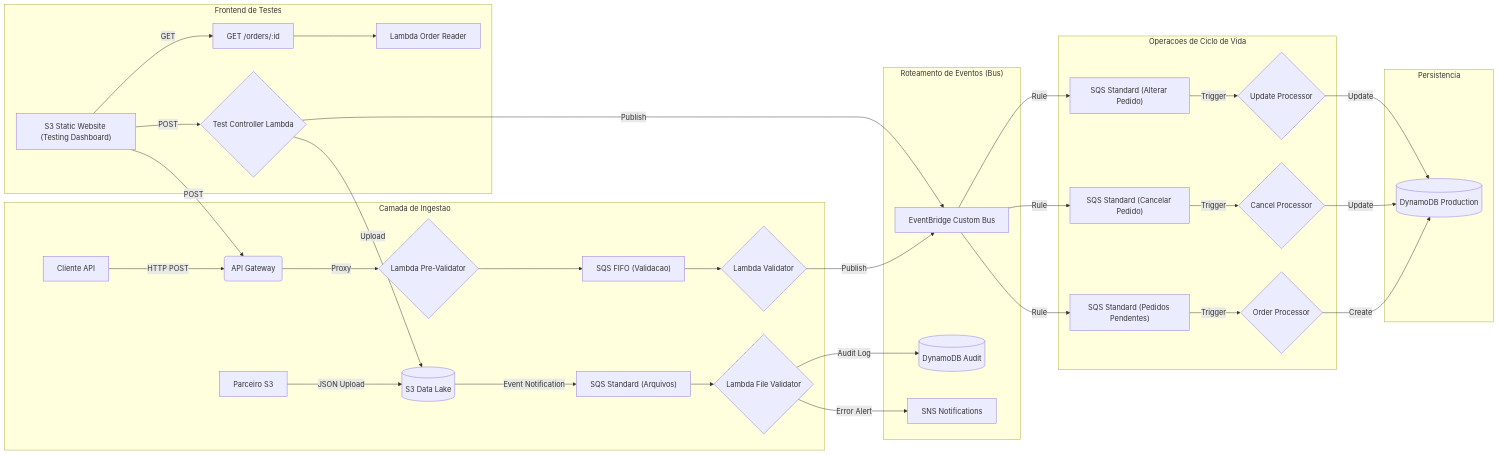
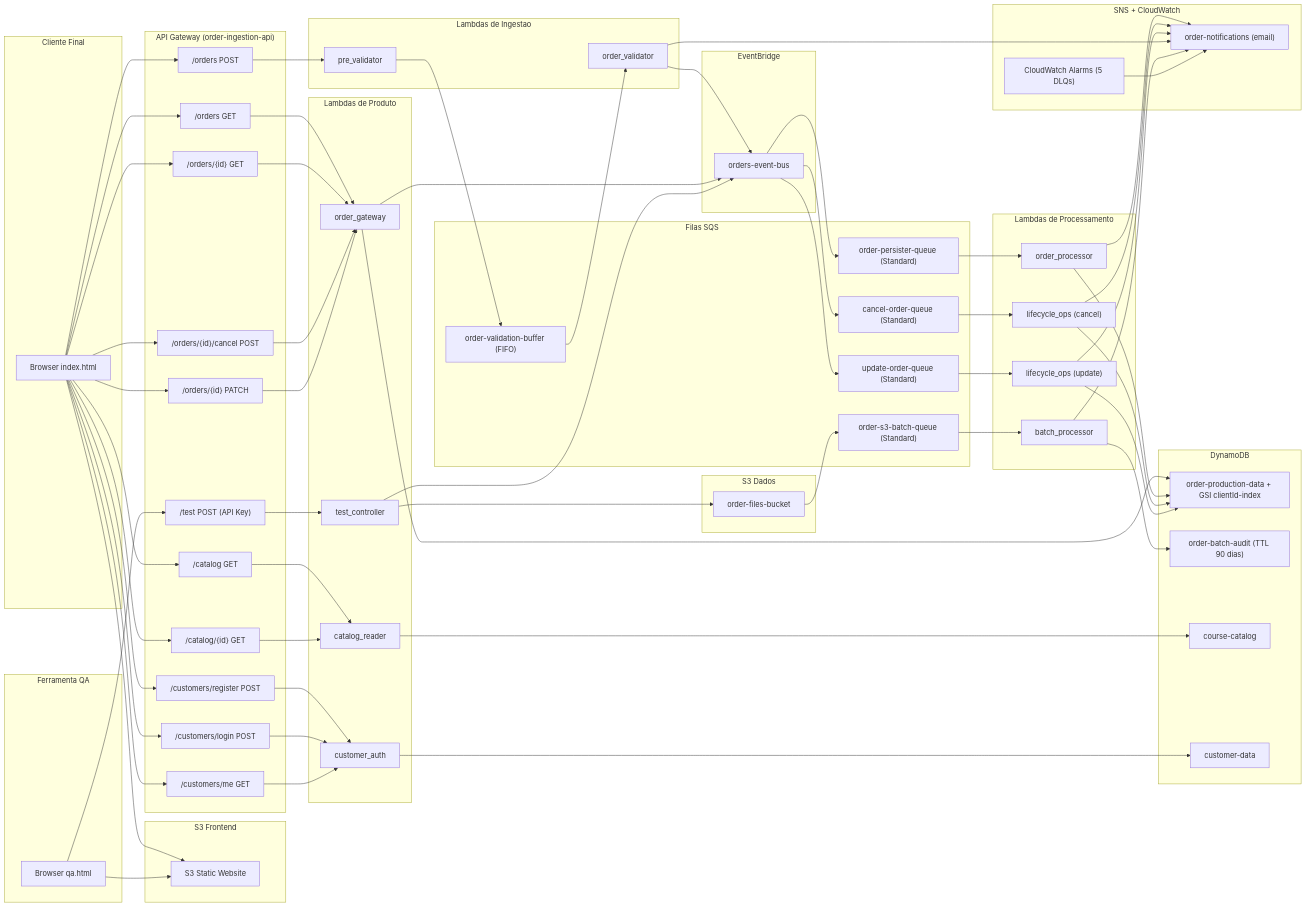
One commit to DessimA/aws-serverless-order-management changed the diagram in README.md. Above: the diagram before and after it, drawn with Mermaid. The commit also changed other lines of this file and 2 other files, not shown here.

First line of the commit message:
docs: add portfolio-oriented README, ARCHITECTURE.md, Rodada 12 log

````diff
--- a/README.md
+++ b/README.md
@@ -17,40 +33,100 @@
 ```mermaid
 flowchart LR
-    subgraph "Camada de Ingestao"
-        A["Cliente API"] -- "HTTP POST" --> B("API Gateway")
-        B -- "Proxy" --> C{"Lambda Pre-Validator"}
-        C --> D["SQS FIFO (Validacao)"]
-        D --> E{"Lambda Validator"}
-        F["Parceiro S3"] -- "JSON Upload" --> G[("S3 Data Lake")]
-        G -- "Event Notification" --> H["SQS Standard (Arquivos)"]
-        H --> I{"Lambda File Validator"}
+    subgraph "Cliente Final"
+        Browser["Browser index.html"]
     end
 
-    subgraph "Roteamento de Eventos (Bus)"
-        E -- "Publish" --> J["EventBridge Custom Bus"]
-        I -- "Audit Log" --> K[("DynamoDB Audit")]
-        I -- "Error Alert" --> L["SNS Notifications"]
+    subgraph "Ferramenta QA"
+        QA["Browser qa.html"]
     end
 
-    subgraph "Operacoes de Ciclo de Vida"
-        J -- "Rule" --> M["SQS Standard (Pedidos Pendentes)"] -- "Trigger" --> N{"Order Processor"}
-        J -- "Rule" --> O["SQS Standard (Cancelar Pedido)"] -- "Trigger" --> P{"Cancel Processor"}
-        J -- "Rule" --> Q["SQS Standard (Alterar Pedido)"] -- "Trigger" --> R{"Update Processor"}
+    subgraph "S3 Frontend"
+        S3FE["S3 Static Website"]
     end
 
-    subgraph "Persistencia"
-        N -- "Create" --> S[("DynamoDB Production")]
-        P -- "Update" --> S
-        R -- "Update" --> S
+    subgraph "API Gateway (order-ingestion-api)"
+        GW_POST["/orders POST"]
+        GW_GET["/orders GET"]
+        GW_GET_ID["/orders/{id} GET"]
+        GW_CANCEL["/orders/{id}/cancel POST"]
+        GW_PATCH["/orders/{id} PATCH"]
+        GW_CAT["/catalog GET"]
+        GW_CAT_ID["/catalog/{id} GET"]
+        GW_REG["/customers/register POST"]
+        GW_LOGIN["/customers/login POST"]
+        GW_ME["/customers/me GET"]
+        GW_TEST["/test POST (API Key)"]
     end
 
-    subgraph "Frontend de Testes"
-        T["S3 Static Website (Testing Dashboard)"]
-        T -- "POST" --> B
-        T -- "POST" --> X{"Test Controller Lambda"}
-        T -- "GET" --> Y["GET /orders/:id"]
-        Y --> V["Lambda Order Reader"]
-        X -- "Publish" --> J
-        X -- "Upload" --> G
+    subgraph "Lambdas de Ingestao"
+        PRE["pre_validator"]
+        VAL["order_validator"]
     end
+
+    subgraph "Lambdas de Produto"
+        GWL["order_gateway"]
+        CAT["catalog_reader"]
+        AUTH["customer_auth"]
+        CTRL["test_controller"]
+    end
+
+    subgraph "Lambdas de Processamento"
+        PROC["order_processor"]
+        CANCEL["lifecycle_ops (cancel)"]
+        UPDATE["lifecycle_ops (update)"]
+        BATCH["batch_processor"]
+    end
+
+    subgraph "Filas SQS"
+        FIFO["order-validation-buffer (FIFO)"]
+        PERSQ["order-persister-queue (Standard)"]
+        CANCELQ["cancel-order-queue (Standard)"]
+        UPDATEQ["update-order-queue (Standard)"]
+        S3Q["order-s3-batch-queue (Standard)"]
+    end
+
+    subgraph "DynamoDB"
+        PROD["order-production-data + GSI clientId-index"]
+        AUDIT["order-batch-audit (TTL 90 dias)"]
+        CATALOG["course-catalog"]
+        CUSTOMERS["customer-data"]
+    end
+
+    subgraph "EventBridge"
+        EB["orders-event-bus"]
+    end
+
+    subgraph "SNS + CloudWatch"
+        SNS["order-notifications (email)"]
+        CW["CloudWatch Alarms (5 DLQs)"]
+    end
+
+    subgraph "S3 Dados"
+        S3D["order-files-bucket"]
+    end
+
+    Browser --> S3FE
+    QA --> S3FE
+    Browser --> GW_POST & GW_GET & GW_GET_ID & GW_CANCEL & GW_PATCH & GW_CAT & GW_CAT_ID & GW_REG & GW_LOGIN & GW_ME
+    QA --> GW_TEST
+
+    GW_POST --> PRE --> FIFO --> VAL --> EB
+    GW_GET & GW_GET_ID & GW_CANCEL & GW_PATCH --> GWL
+    GW_CAT & GW_CAT_ID --> CAT
+    GW_REG & GW_LOGIN & GW_ME --> AUTH
+    GW_TEST --> CTRL
+
+    GWL --> PROD
+    GWL --> EB
+    CAT --> CATALOG
+    AUTH --> CUSTOMERS
+    CTRL --> EB & S3D
+
+    EB --> PERSQ --> PROC --> PROD
+    EB --> CANCELQ --> CANCEL --> PROD
+    EB --> UPDATEQ --> UPDATE --> PROD
+    S3D --> S3Q --> BATCH --> AUDIT
+
+    PROC & CANCEL & UPDATE & VAL & BATCH --> SNS
+    CW --> SNS
 ```
````
